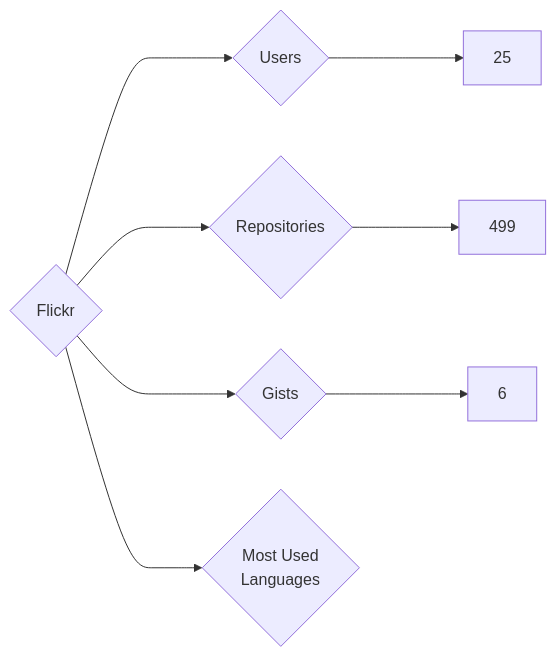
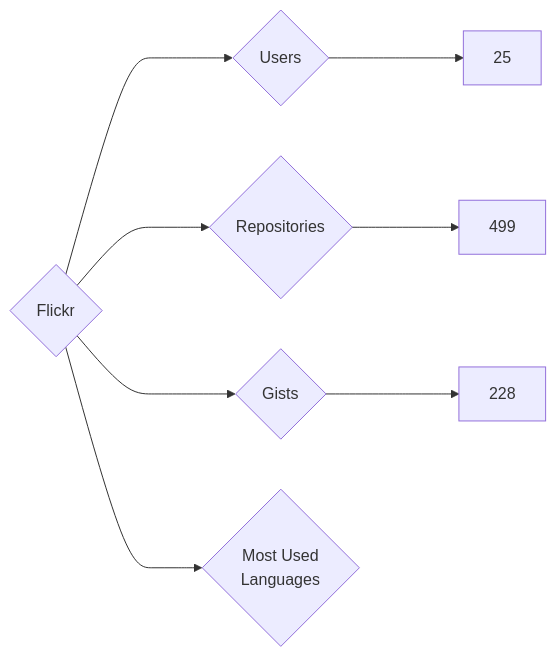
One commit to nenadzaric/insiders changed the diagram in targets/Flickr/README.md. Above: the diagram before and after it, drawn with Mermaid. The commit also changed 1342 other files, not shown here.

````diff
--- a/targets/Flickr/README.md
+++ b/targets/Flickr/README.md
@@ -3,8 +3,8 @@
 ```mermaid
 graph LR
 COMPANY_NAME{Flickr}
 COMPANY_NAME ---> U{Users} ---> UN[25]
 COMPANY_NAME ---> R{Repositories} ---> RN[499]
-COMPANY_NAME ---> G{Gists} ---> GN[6]
+COMPANY_NAME ---> G{Gists} ---> GN[228]
 COMPANY_NAME ---> ML{Most Used<br>Languages}
 ```
````
